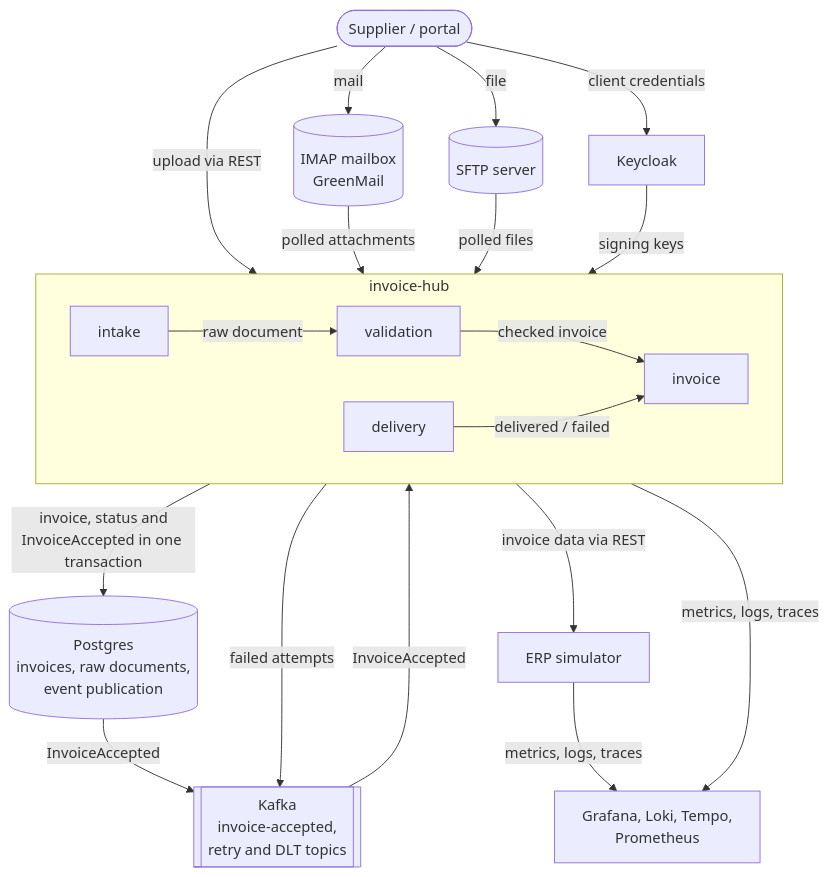
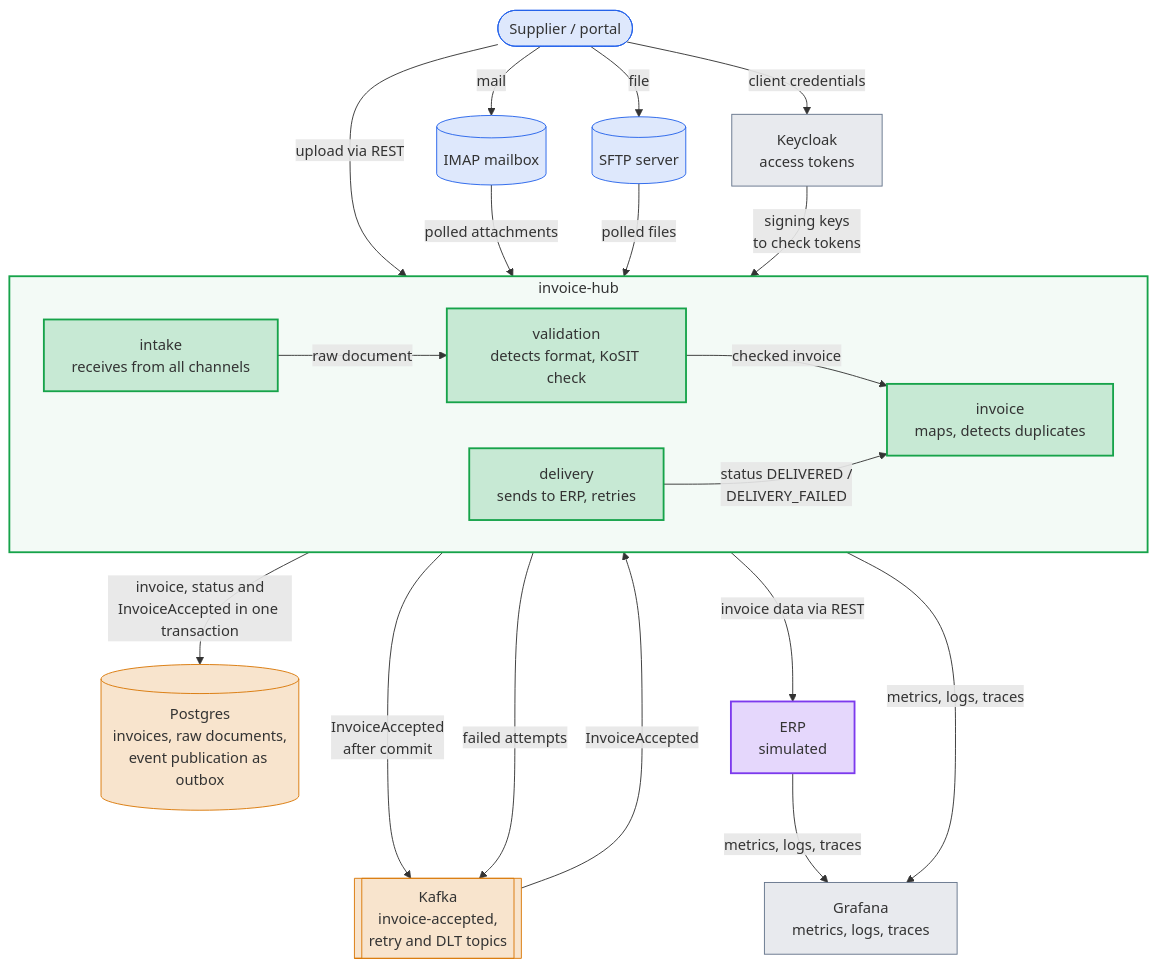
Before and after one commit to manuscode/e-invoice-hub: the second of 2 diagrams in README.md, drawn with Mermaid. The commit also changed other lines of this file, not shown here.

Commit message:
Improve README diagram and fix details

````diff
--- a/README.md
+++ b/README.md
@@ -47,34 +50,53 @@
 ```mermaid
 flowchart TB
     supplier([Supplier / portal])
-    mailbox[(IMAP mailbox<br/>GreenMail)]
+    mailbox[(IMAP mailbox)]
     sftp[(SFTP server)]
-    keycloak[Keycloak]
+    keycloak[Keycloak<br/>access tokens]
 
     subgraph hub [invoice-hub]
         direction LR
+        intake[intake<br/>receives from all channels]
+        validation[validation<br/>detects format, KoSIT check]
+        invoice[invoice<br/>maps, detects duplicates]
+        delivery[delivery<br/>sends to ERP, retries]
         intake -- raw document --> validation
         validation -- checked invoice --> invoice
-        delivery -- delivered / failed --> invoice
+        delivery -- status DELIVERED /<br/>DELIVERY_FAILED --> invoice
     end
 
-    postgres[(Postgres<br/>invoices, raw documents,<br/>event publication)]
+    postgres[(Postgres<br/>invoices, raw documents,<br/>event publication as outbox)]
     kafka[[Kafka<br/>invoice-accepted,<br/>retry and DLT topics]]
-    erp[ERP simulator]
-    lgtm[Grafana, Loki, Tempo,<br/>Prometheus]
+    erp[ERP<br/>simulated]
+    lgtm[Grafana<br/>metrics, logs, traces]
 
     supplier -- upload via REST --> intake
     supplier -- mail --> mailbox
     supplier -- file --> sftp
     mailbox -- polled attachments --> intake
     sftp -- polled files --> intake
     supplier -- client credentials --> keycloak
-    keycloak -- signing keys --> hub
+    keycloak -- signing keys<br/>to check tokens --> intake
     invoice -- invoice, status and<br/>InvoiceAccepted in one transaction --> postgres
-    postgres -- InvoiceAccepted --> kafka
+    invoice -- InvoiceAccepted<br/>after commit --> kafka
     kafka -- InvoiceAccepted --> delivery
     delivery -- failed attempts --> kafka
     delivery -- invoice data via REST --> erp
     hub -- metrics, logs, traces --> lgtm
     erp -- metrics, logs, traces --> lgtm
+    %% Invisible link, keeps Postgres above Kafka and the diagram narrow.
+    postgres ~~~ kafka
+
+    %% Transparent fills and the text color of the theme, so the diagram fits light and dark themes.
+    classDef channel fill:#2563eb26,stroke:#2563eb
+    classDef module fill:#16a34a33,stroke:#16a34a,stroke-width:2px
+    classDef storage fill:#d9770633,stroke:#d97706
+    classDef target fill:#7c3aed33,stroke:#7c3aed,stroke-width:2px
+    classDef platform fill:#64748b26,stroke:#64748b
+    class supplier,mailbox,sftp channel
+    class intake,validation,invoice,delivery module
+    class postgres,kafka storage
+    class erp target
+    class keycloak,lgtm platform
+    style hub fill:#16a34a0d,stroke:#16a34a,stroke-width:2px
 ```
````
